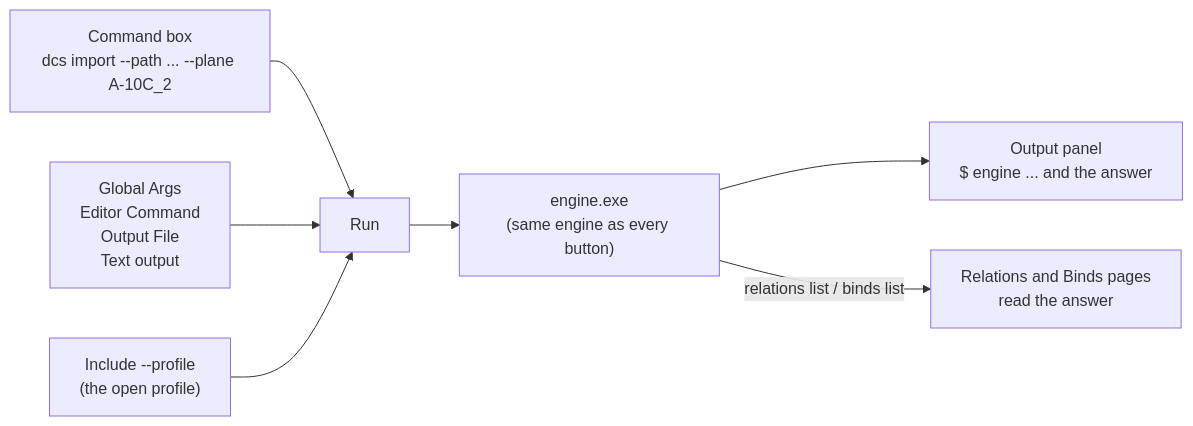
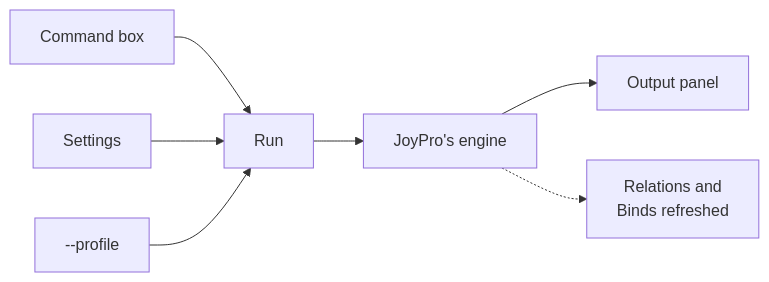
Before and after one commit to Holdi601/JoystickProfiler2: the diagram in website/content/gui/advanced.md, drawn with Mermaid. The commit also changed 718 other files, not shown here.

Commit message:
JoyPro2 2.7.0

````diff
--- a/website/content/gui/advanced.md
+++ b/website/content/gui/advanced.md
@@ -15,9 +15,10 @@
 ```mermaid
 flowchart LR
-  A["Command box<br/>dcs import --path ... --plane A-10C_2"] --> B["Run"]
-  G["Global Args<br/>Editor Command<br/>Output File<br/>Text output"] --> B
-  P["Include --profile<br/>(the open profile)"] --> B
-  B --> E["engine.exe<br/>(same engine as every button)"]
-  E --> O["Output panel<br/>$ engine ... and the answer"]
-  E -->|"relations list / binds list"| R["Relations and Binds pages<br/>read the answer"]
+  A["Command box"] --> B["Run"]
+  G["Settings"] --> B
+  P["--profile"] --> B
+  B --> E["JoyPro's engine"]
+  E --> O["Output panel"]
+  E -.-> R["Relations and<br/>Binds refreshed"]
+%% caption: What Run does with the command box, the settings (Global Args, Editor Command, Output File, Text output) and Include --profile (the open profile). The engine is the same as behind every button; the output panel shows the command and its answer. Dotted: only for the commands that list relations or binds.
 ```
````
